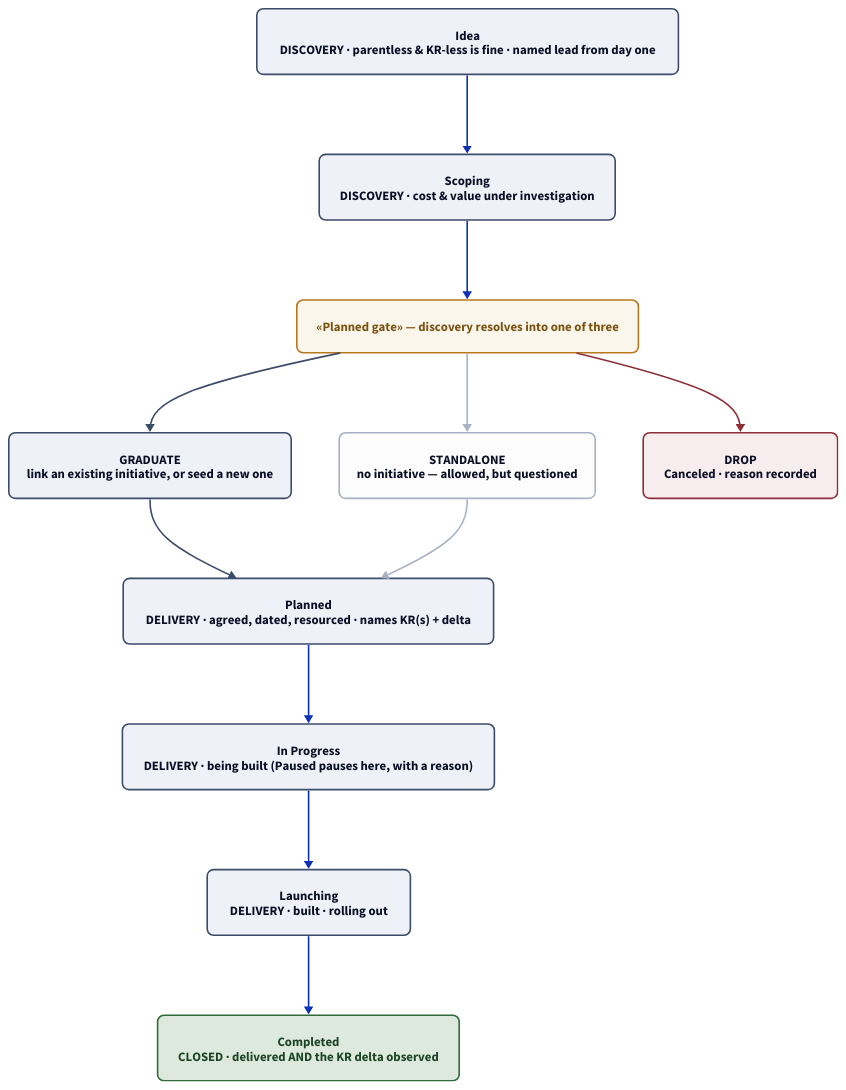
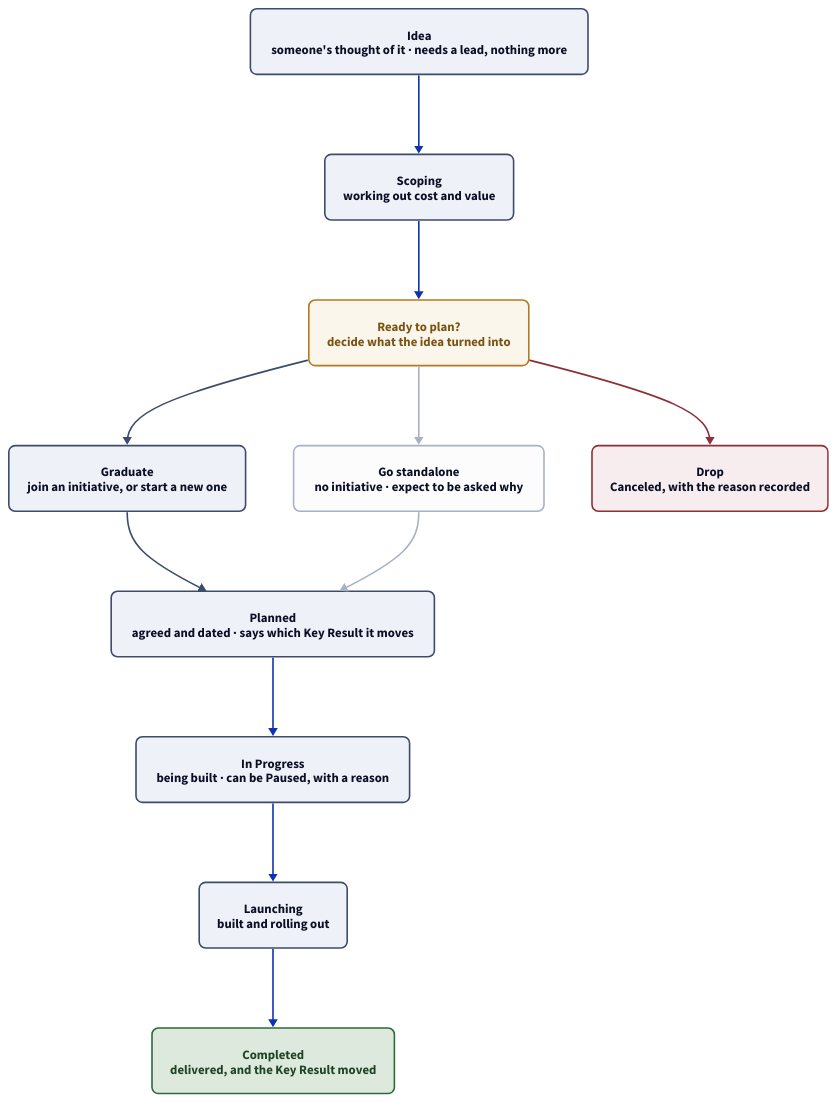
Before and after one commit to hungovercoders/linear-work-management: the diagram in docs/diagrams/project-lifecycle.d2, drawn with D2. The commit also changed 15 other files, not shown here.

First line of the commit message:
docs(diagrams): redraw all eight in the guide's plain wording

```diff
--- a/docs/diagrams/project-lifecycle.d2
+++ b/docs/diagrams/project-lifecycle.d2
@@ -1,56 +1,56 @@
 # Project lifecycle: how one project starts, graduates and delivers.
 # Shown on the Projects page as a committed SVG (see `task diagrams`).
 # Distinct from model.d2 (relationships): this is the flow through the states.
 # Deliberately flat + acyclic (no nested containers, no back-edges) so the layout
 # engine keeps it a clean vertical spine rather than tangling.
 
 direction: down
 
 # ---- discovery ----
-idea: "Idea\nDISCOVERY · parentless & KR-less is fine · named lead from day one" {
+idea: "Idea\nsomeone's thought of it · needs a lead, nothing more" {
   style: {fill: "#EEF1F7"; stroke: "#3D4C6B"; border-radius: 8; bold: true}
 }
-scoping: "Scoping\nDISCOVERY · cost & value under investigation" {
+scoping: "Scoping\nworking out cost and value" {
   style: {fill: "#EEF1F7"; stroke: "#3D4C6B"; border-radius: 8; bold: true}
 }
 
 # ---- the gate ----
-gate: "«Planned gate» — discovery resolves into one of three" {
+gate: "Ready to plan?\ndecide what the idea turned into" {
   style: {fill: "#FBF6EC"; stroke: "#B7791F"; border-radius: 8; bold: true; font-color: "#7A5312"}
 }
 
 # ---- the three outcomes ----
-graduate: "GRADUATE\nlink an existing initiative, or seed a new one" {
+graduate: "Graduate\njoin an initiative, or start a new one" {
   style: {fill: "#EEF1F7"; stroke: "#3D4C6B"; border-radius: 8; bold: true}
 }
-standalone: "STANDALONE\nno initiative — allowed, but questioned" {
+standalone: "Go standalone\nno initiative · expect to be asked why" {
   style: {fill: "#FCFCFD"; stroke: "#A9B2C4"; border-radius: 8}
 }
-drop: "DROP\nCanceled · reason recorded" {
+drop: "Drop\nCanceled, with the reason recorded" {
   style: {fill: "#F8EDEE"; stroke: "#8C2F39"; border-radius: 8}
 }
 
 # ---- delivery ----
-planned: "Planned\nDELIVERY · agreed, dated, resourced · names KR(s) + delta" {
+planned: "Planned\nagreed and dated · says which Key Result it moves" {
   style: {fill: "#EEF1F7"; stroke: "#3D4C6B"; border-radius: 8; bold: true}
 }
-inprogress: "In Progress\nDELIVERY · being built  (Paused pauses here, with a reason)" {
+inprogress: "In Progress\nbeing built · can be Paused, with a reason" {
   style: {fill: "#EEF1F7"; stroke: "#3D4C6B"; border-radius: 8; bold: true}
 }
-launching: "Launching\nDELIVERY · built · rolling out" {
+launching: "Launching\nbuilt and rolling out" {
   style: {fill: "#EEF1F7"; stroke: "#3D4C6B"; border-radius: 8; bold: true}
 }
 
 # ---- closed ----
-completed: "Completed\nCLOSED · delivered AND the KR delta observed" {
+completed: "Completed\ndelivered, and the Key Result moved" {
   style: {fill: "#DCE9DC"; stroke: "#2F6B3A"; border-radius: 8; bold: true; font-color: "#1E4426"}
 }
 
 # ---- the spine (acyclic, top-to-bottom) ----
 idea -> scoping -> gate
 gate -> graduate {style.stroke: "#3D4C6B"}
 gate -> standalone {style.stroke: "#A9B2C4"}
 gate -> drop {style.stroke: "#8C2F39"}
 graduate -> planned {style.stroke: "#3D4C6B"}
 standalone -> planned {style.stroke: "#A9B2C4"}
 planned -> inprogress -> launching -> completed
```
